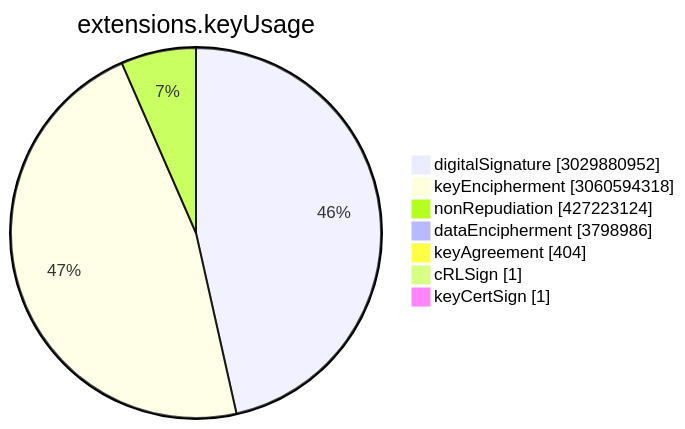
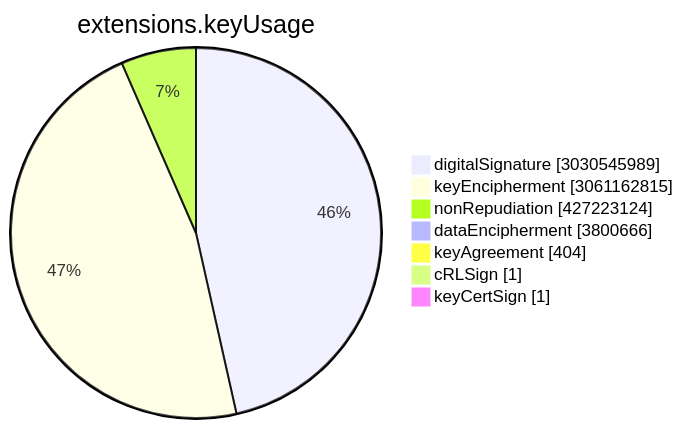
The sixth of 15 diagrams in TOTAL/README.md (christiankrug/ctmonitor_visualization), drawn with Mermaid before and after one commit. The commit also changed other lines of this file, not shown here.

````diff
--- a/TOTAL/README.md
+++ b/TOTAL/README.md
@@ -3077,11 +3077,11 @@
 ```mermaid
 pie showData
 title extensions.keyUsage
-"digitalSignature" :3029880952
-"keyEncipherment" :3060594318
+"digitalSignature" :3030545989
+"keyEncipherment" :3061162815
 "nonRepudiation" :427223124
-"dataEncipherment" :3798986
+"dataEncipherment" :3800666
 "keyAgreement" :404
 "cRLSign" :1
 "keyCertSign" :1
 ```
````
